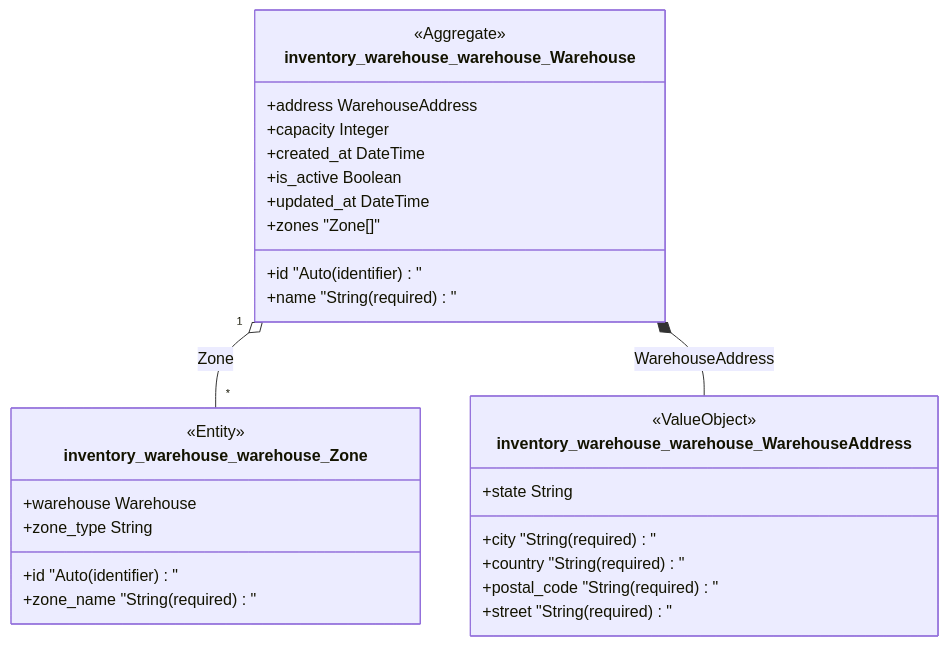
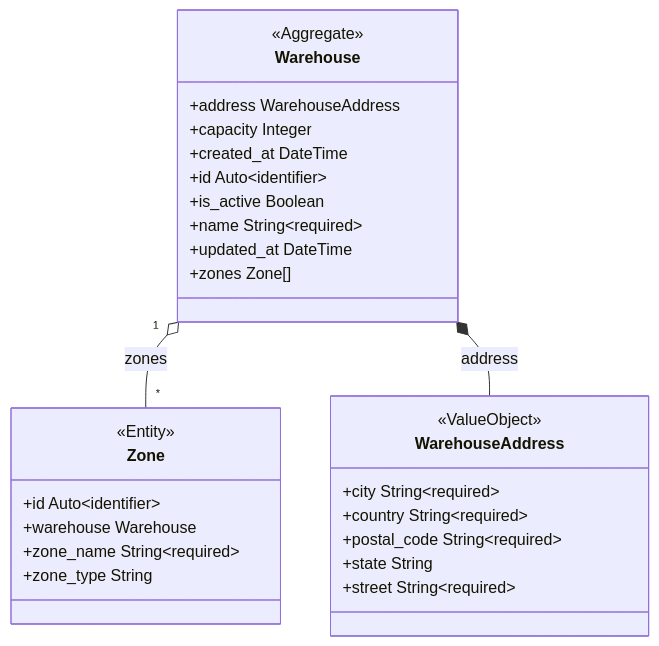
The second of 2 diagrams in docs/inventory/clusters.md (proteanhq/shopstream), drawn with Mermaid before and after one commit. The commit also changed other lines of this file and 24 other files, not shown here.

First line of the commit message:
Regenerate docs with improved Mermaid diagrams from upstream Protean fixes

````diff
--- a/docs/inventory/clusters.md
+++ b/docs/inventory/clusters.md
@@ -44,31 +44,31 @@
 ```mermaid
 classDiagram
-    class inventory_warehouse_warehouse_Warehouse {
+    class inventory_warehouse_warehouse_Warehouse["Warehouse"] {
         <<Aggregate>>
         +address WarehouseAddress
         +capacity Integer
         +created_at DateTime
-        +id "Auto (identifier)"
+        +id Auto~identifier~
         +is_active Boolean
-        +name "String (required)"
+        +name String~required~
         +updated_at DateTime
-        +zones "Zone[]"
+        +zones Zone[]
     }
-    class inventory_warehouse_warehouse_Zone {
+    class inventory_warehouse_warehouse_Zone["Zone"] {
         <<Entity>>
-        +id "Auto (identifier)"
+        +id Auto~identifier~
         +warehouse Warehouse
-        +zone_name "String (required)"
+        +zone_name String~required~
         +zone_type String
     }
-    inventory_warehouse_warehouse_Warehouse "1" o-- "*" inventory_warehouse_warehouse_Zone : Zone
-    class inventory_warehouse_warehouse_WarehouseAddress {
+    inventory_warehouse_warehouse_Warehouse "1" o-- "*" inventory_warehouse_warehouse_Zone : zones
+    class inventory_warehouse_warehouse_WarehouseAddress["WarehouseAddress"] {
         <<ValueObject>>
-        +city "String (required)"
-        +country "String (required)"
-        +postal_code "String (required)"
+        +city String~required~
+        +country String~required~
+        +postal_code String~required~
         +state String
-        +street "String (required)"
+        +street String~required~
     }
-    inventory_warehouse_warehouse_Warehouse *-- inventory_warehouse_warehouse_WarehouseAddress : WarehouseAddress
+    inventory_warehouse_warehouse_Warehouse *-- inventory_warehouse_warehouse_WarehouseAddress : address
 ```
````
